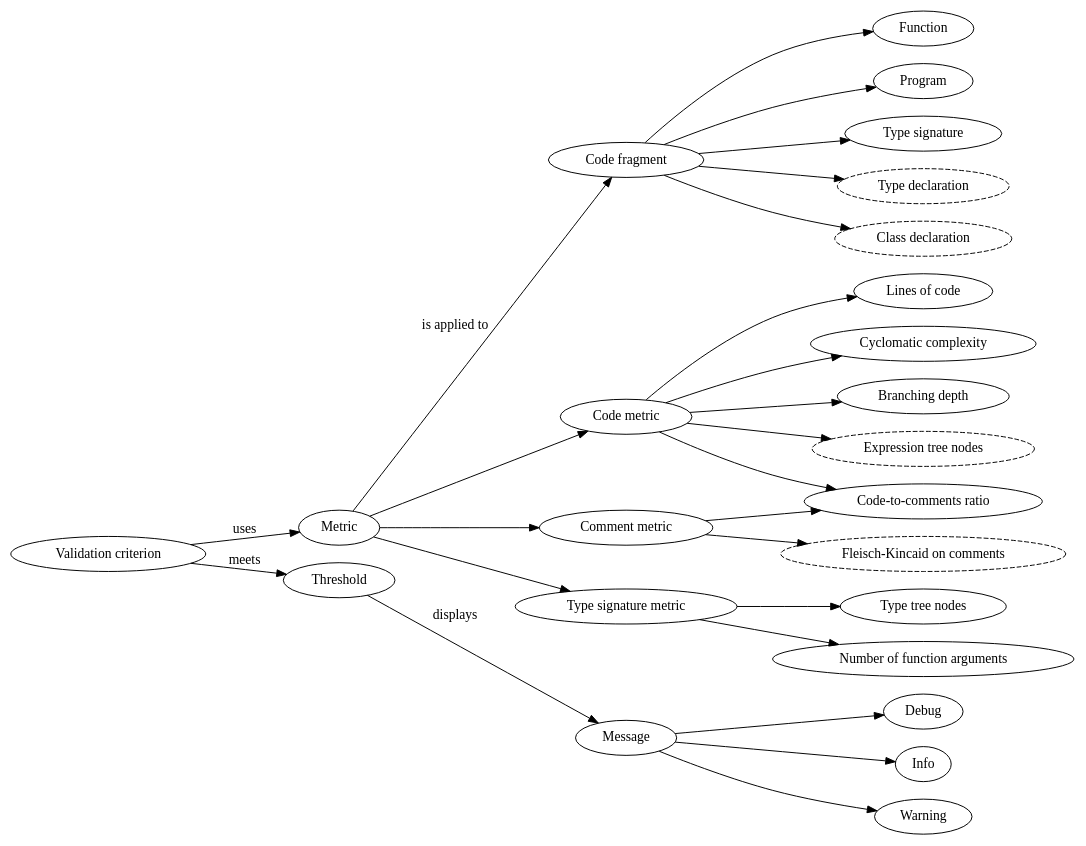
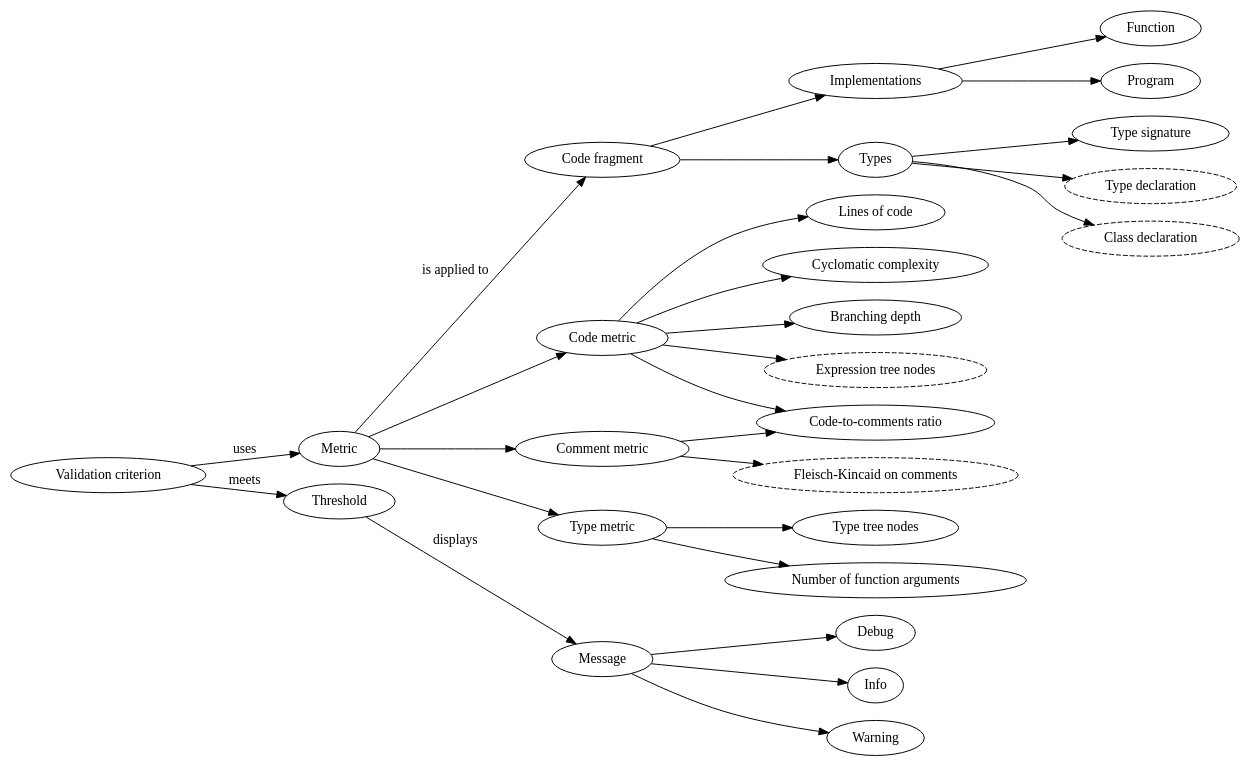
Before and after one commit to migamake/homplexity: the diagram in docs/concepts.dot, drawn with Graphviz. The commit also changed 2 other files, not shown here.

Commit message:
More elaborated division of CodeFragment.

```diff
--- a/docs/concepts.dot
+++ b/docs/concepts.dot
@@ -1,47 +1,54 @@
 digraph Concepts {
   rankdir=LR;
 
   code                        [label="Code fragment"];
-  code -> Function;
-  code -> Program;
-  code -> "Type signature";
-  code -> TypeDecl;
-  code -> ClassDecl;
+  code -> expr;
+  expr [label="Implementations"];
+
+  expr -> Function;
+  expr -> Program;
+ 
+  code -> types;
+  types [label="Types"];
+
+  types -> "Type signature";
+  types -> TypeDecl;
+  types -> ClassDecl;
   TypeDecl		      [label="Type declaration",style="dashed"];
   ClassDecl		      [label="Class declaration", style="dashed"];
 
   Metric -> code [label="is applied to"];
 
   Metric -> CodeMetric;
   CodeMetric [label="Code metric"];
   Metric -> TypeMetric;
-  TypeMetric [label="Type signature metric"];
+  TypeMetric [label="Type metric"];
   Metric -> CommentMetric;
   CommentMetric [label="Comment metric"];
 
   CodeMetric -> "Lines of code";
   CodeMetric -> "Cyclomatic complexity";
   CodeMetric -> "Branching depth";
   CodeMetric -> ExprNodes;
   ExprNodes [label="Expression tree nodes",style="dashed"];
   CodeMetric -> CodeCommentRatio;
   
   TypeMetric -> "Type tree nodes";
   TypeMetric -> "Number of function arguments";
   
   CommentMetric -> FleschComments;
   FleschComments [label="Fleisch-Kincaid on comments",style="dashed"];
   CommentMetric -> CodeCommentRatio;
   CodeCommentRatio [label="Code-to-comments ratio"];
 
   Criterion [label="Validation criterion"];
   Criterion -> Metric    [label="uses"];
 
   Criterion -> Threshold [label="meets"];
 
   Threshold -> Message   [label="displays"];
 
   Message -> Debug;
   Message -> Info;
   Message -> Warning;
 }
```
